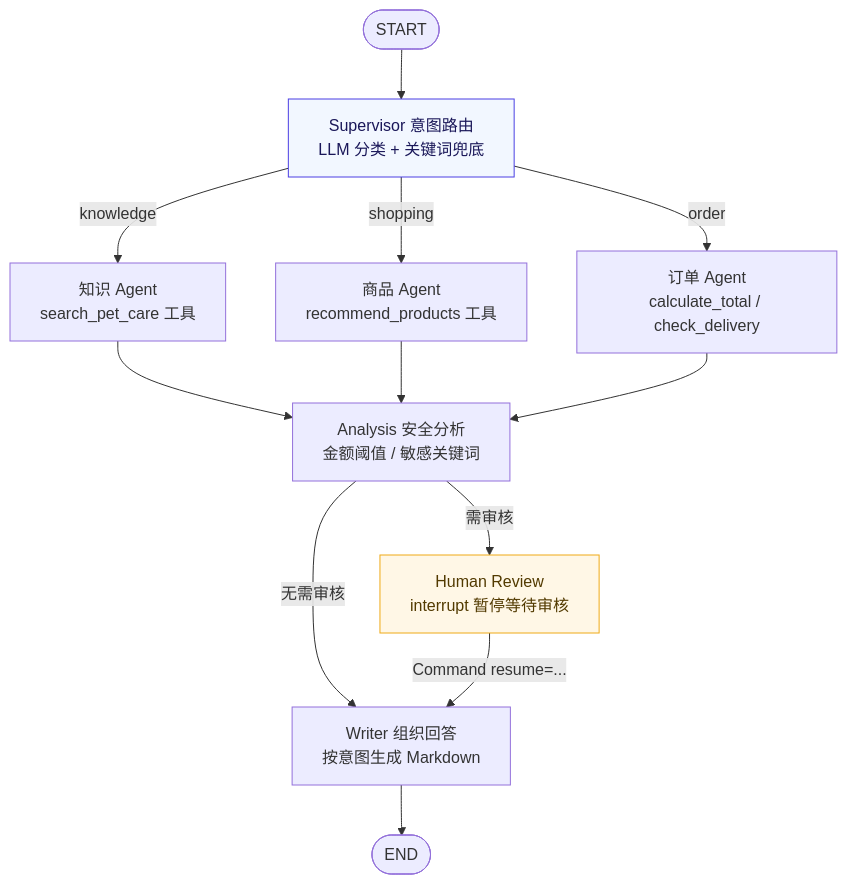
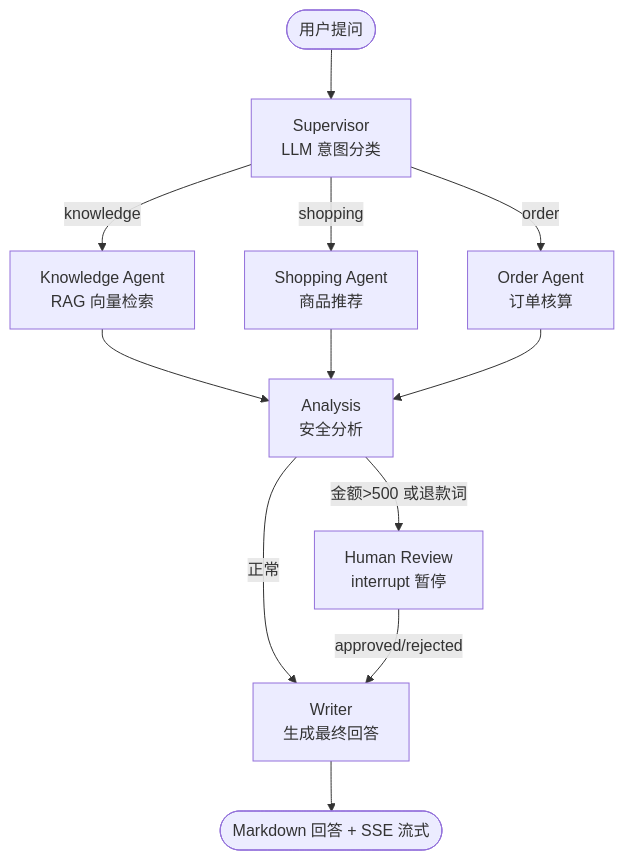
The first of 3 diagrams in AI助手面试详解.md (Wang-Jin-Xing/pet-vision-recommend), drawn with Mermaid before and after one commit. The commit also changed other lines of this file and 1 other file, not shown here.

````diff
--- a/AI助手面试详解.md
+++ b/AI助手面试详解.md
@@ -49,32 +14,14 @@
 ```mermaid
-flowchart TD
-    START([START]) --> Supervisor
-
-    Supervisor["Supervisor 意图路由<br/>LLM 分类 + 关键词兜底"]
-    Supervisor -->|knowledge| KnowledgeAgent
-    Supervisor -->|shopping| ShoppingAgent
-    Supervisor -->|order| OrderAgent
-
-    KnowledgeAgent["知识 Agent<br/>search_pet_care 工具"]
-    ShoppingAgent["商品 Agent<br/>recommend_products 工具"]
-    OrderAgent["订单 Agent<br/>calculate_total / check_delivery"]
-
-    KnowledgeAgent --> Analysis
-    ShoppingAgent --> Analysis
-    OrderAgent --> Analysis
-
-    Analysis["Analysis 安全分析<br/>金额阈值 / 敏感关键词"]
-    Analysis -->|需审核| HumanReview
-    Analysis -->|无需审核| Writer
-
-    HumanReview["Human Review<br/>interrupt 暂停等待审核"]
-    HumanReview -->|Command resume=...| Writer
-
-    Writer["Writer 组织回答<br/>按意图生成 Markdown"]
-    Writer --> END([END])
-
-    classDef brand fill:#F2F7FF,stroke:#4B3FE3,color:#1A1759;
-    classDef warn fill:#FFF7E6,stroke:#EFAA17,color:#523A00;
-    class Supervisor brand;
-    class HumanReview warn;
+flowchart TB
+    START([用户提问]) --> supervisor[Supervisor<br/>LLM 意图分类]
+    supervisor -->|knowledge| knowledge[Knowledge Agent<br/>RAG 向量检索]
+    supervisor -->|shopping| shopping[Shopping Agent<br/>商品推荐]
+    supervisor -->|order| order[Order Agent<br/>订单核算]
+    knowledge --> analysis[Analysis<br/>安全分析]
+    shopping --> analysis
+    order --> analysis
+    analysis -->|金额>500 或退款词| human[Human Review<br/>interrupt 暂停]
+    analysis -->|正常| writer[Writer<br/>生成最终回答]
+    human -->|approved/rejected| writer
+    writer --> END([Markdown 回答 + SSE 流式])
 ```
````
